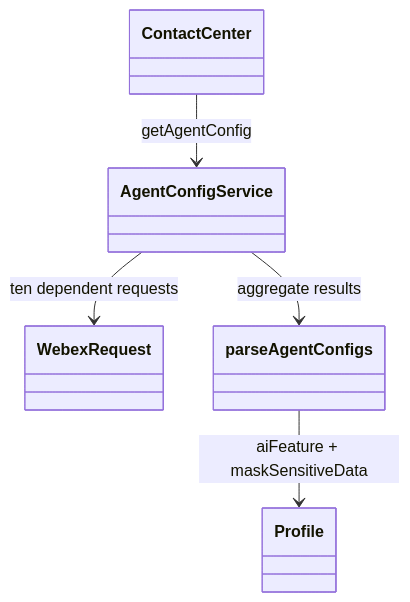
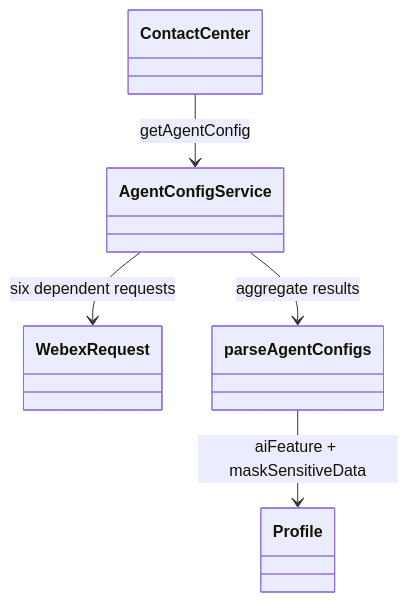
The fourth of 4 diagrams in packages/@webex/contact-center/src/services/config/ai-docs/config-spec.md (webex/webex-js-sdk), drawn with Mermaid before and after one commit. The commit also changed other lines of this file and 12 other files, not shown here.

Commit message:
feat(contact-center): migrate agent config to desktop-login aggregate APIs

````diff
--- a/packages/@webex/contact-center/src/services/config/ai-docs/config-spec.md
+++ b/packages/@webex/contact-center/src/services/config/ai-docs/config-spec.md
@@ -432,12 +412,12 @@
 ```mermaid
 classDiagram
   class ContactCenter
   class AgentConfigService
   class WebexRequest
   class parseAgentConfigs
   class Profile
   ContactCenter --> AgentConfigService : getAgentConfig
-  AgentConfigService --> WebexRequest : ten dependent requests
+  AgentConfigService --> WebexRequest : six dependent requests
   AgentConfigService --> parseAgentConfigs : aggregate results
   parseAgentConfigs --> Profile : aiFeature + maskSensitiveData
 ```
````
